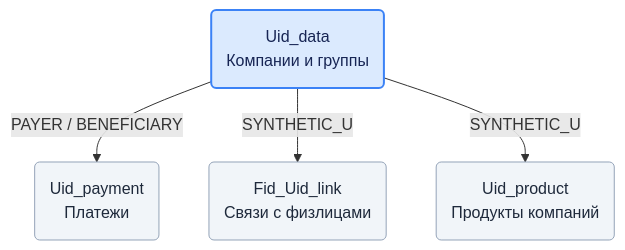
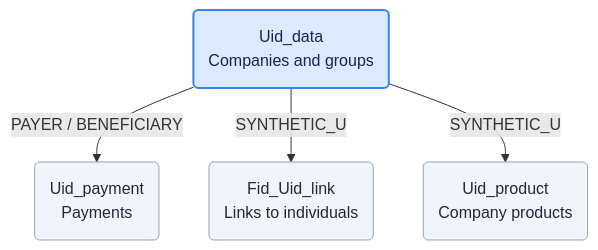
One commit to levg00/alfa-bank-personalization changed the diagram in data/README.md. Above: the diagram before and after it, drawn with Mermaid. The commit also changed other lines of this file and 3 other files, not shown here.

````diff
--- a/data/README.md
+++ b/data/README.md
@@ -18,16 +18,16 @@
 ```mermaid
 flowchart TB
-    C("Uid_data<br/>Компании и группы")
-    P("Uid_payment<br/>Платежи")
-    F("Fid_Uid_link<br/>Связи с физлицами")
-    R("Uid_product<br/>Продукты компаний")
+    C("Uid_data<br/>Companies and groups")
+    P("Uid_payment<br/>Payments")
+    F("Fid_Uid_link<br/>Links to individuals")
+    R("Uid_product<br/>Company products")
 
     C -->|PAYER / BENEFICIARY| P
     C -->|SYNTHETIC_U| F
     C -->|SYNTHETIC_U| R
 
     classDef central fill:#dbeafe,stroke:#3b82f6,color:#172554,stroke-width:2px
     classDef related fill:#f1f5f9,stroke:#94a3b8,color:#1e293b
     class C central
     class P,F,R related
 ```
````
